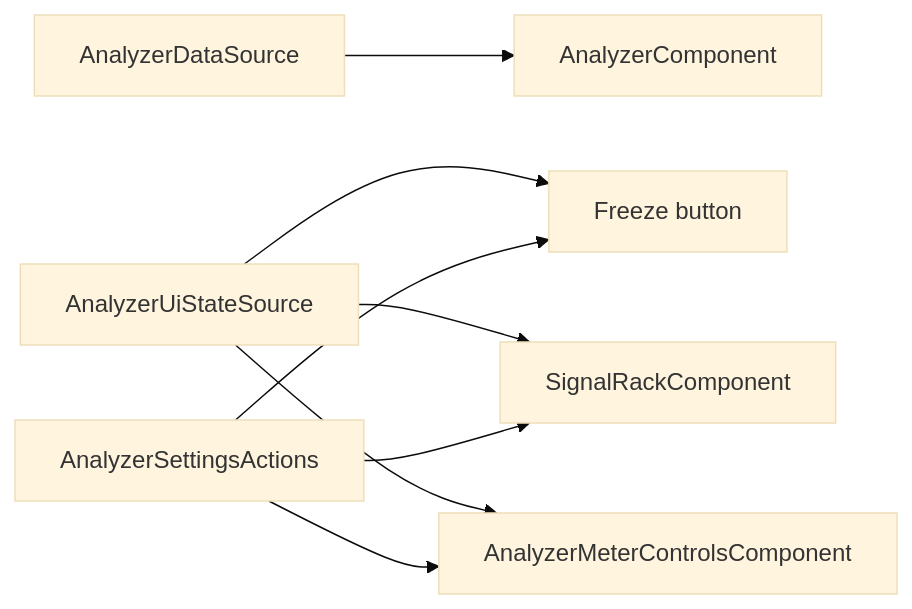
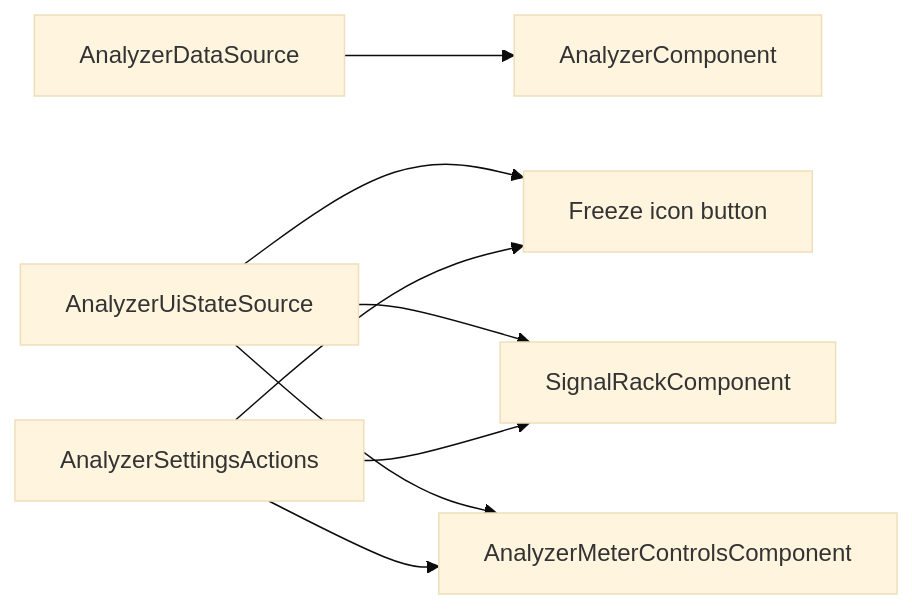
One commit to Silenterc/Band-Spectrum-Analyzer changed the third of 10 diagrams in docs/ui-architecture.md. Above: the diagram before and after it, drawn with Mermaid (base theme). The commit also changed other lines of this file and 24 other files, not shown here.

````diff
--- a/docs/ui-architecture.md
+++ b/docs/ui-architecture.md
@@ -48,11 +48,11 @@
 ```mermaid
 flowchart LR
     DataSource[AnalyzerDataSource] --> Plot[AnalyzerComponent]
-    UiState[AnalyzerUiStateSource] --> Freeze[Freeze button]
+    UiState[AnalyzerUiStateSource] --> Freeze[Freeze icon button]
     UiState --> Rack[SignalRackComponent]
     UiState --> MeterRail[AnalyzerMeterControlsComponent]
 
     Settings[AnalyzerSettingsActions] --> Rack
     Settings --> MeterRail
-    Settings --> Freeze[Freeze button]
+    Settings --> Freeze[Freeze icon button]
 ```
````
